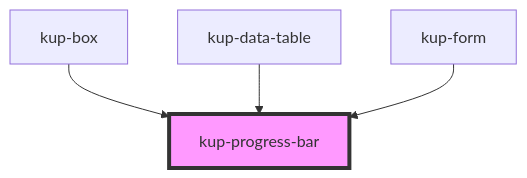
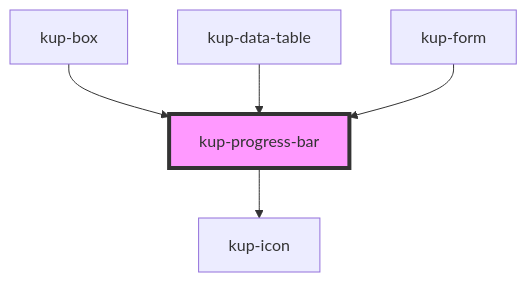
The diagram in packages/ketchup/src/components/kup-progress-bar/readme.md (smeup/ketchup), drawn with Mermaid before and after one commit. The commit also changed other lines of this file and 6 other files, not shown here.

Commit message:
Handled icon in progress bar.

````diff
--- a/packages/ketchup/src/components/kup-progress-bar/readme.md
+++ b/packages/ketchup/src/components/kup-progress-bar/readme.md
@@ -33,7 +38,8 @@
 ```mermaid
 graph TD;
+  kup-progress-bar --> kup-icon
   kup-box --> kup-progress-bar
   kup-data-table --> kup-progress-bar
   kup-form --> kup-progress-bar
   style kup-progress-bar fill:#f9f,stroke:#333,stroke-width:4px
 ```
````
